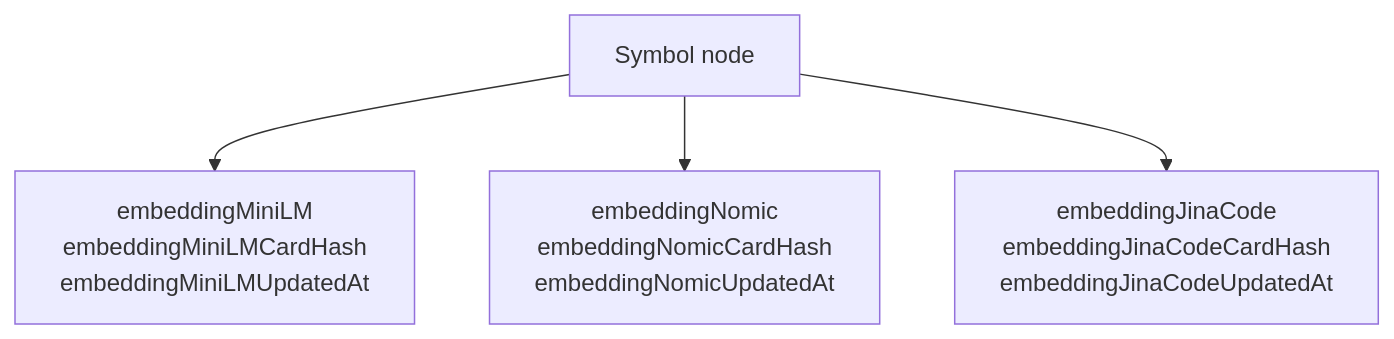
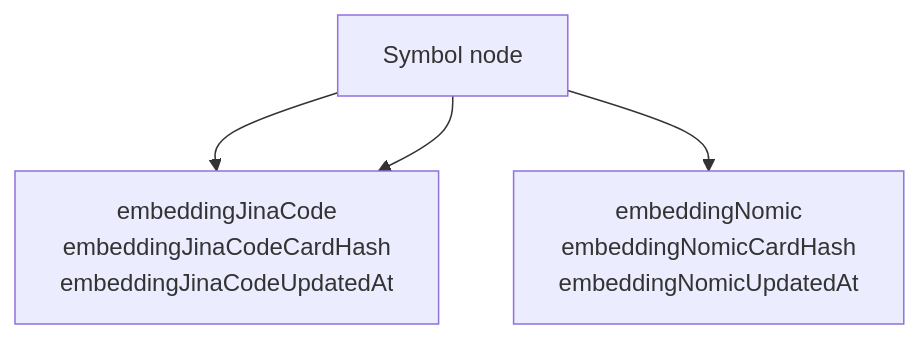
The sixth of 12 diagrams in docs/feature-deep-dives/semantic-engine.md (GlitterKill/sdl-mcp), drawn with Mermaid before and after one commit. The commit also changed other lines of this file and 111 other files, not shown here.

First line of the commit message:
feat: replace all-MiniLM-L6-v2 with jina-embeddings-v2-base-code as default embedding model

````diff
--- a/docs/feature-deep-dives/semantic-engine.md
+++ b/docs/feature-deep-dives/semantic-engine.md
@@ -355,6 +355,6 @@
 ```mermaid
 flowchart TD
-    Symbol["Symbol node"] --> MiniLM["embeddingMiniLM<br/>embeddingMiniLMCardHash<br/>embeddingMiniLMUpdatedAt"]
+    Symbol["Symbol node"] --> Jina["embeddingJinaCode<br/>embeddingJinaCodeCardHash<br/>embeddingJinaCodeUpdatedAt"]
     Symbol --> Nomic["embeddingNomic<br/>embeddingNomicCardHash<br/>embeddingNomicUpdatedAt"]
     Symbol --> Jina["embeddingJinaCode<br/>embeddingJinaCodeCardHash<br/>embeddingJinaCodeUpdatedAt"]
 ```
````
